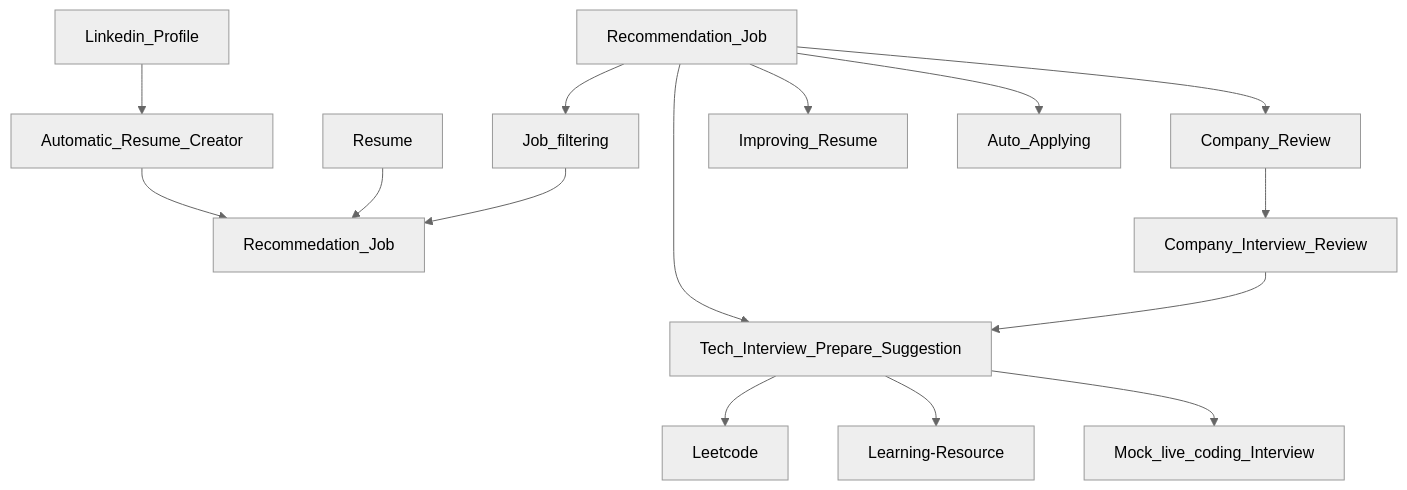
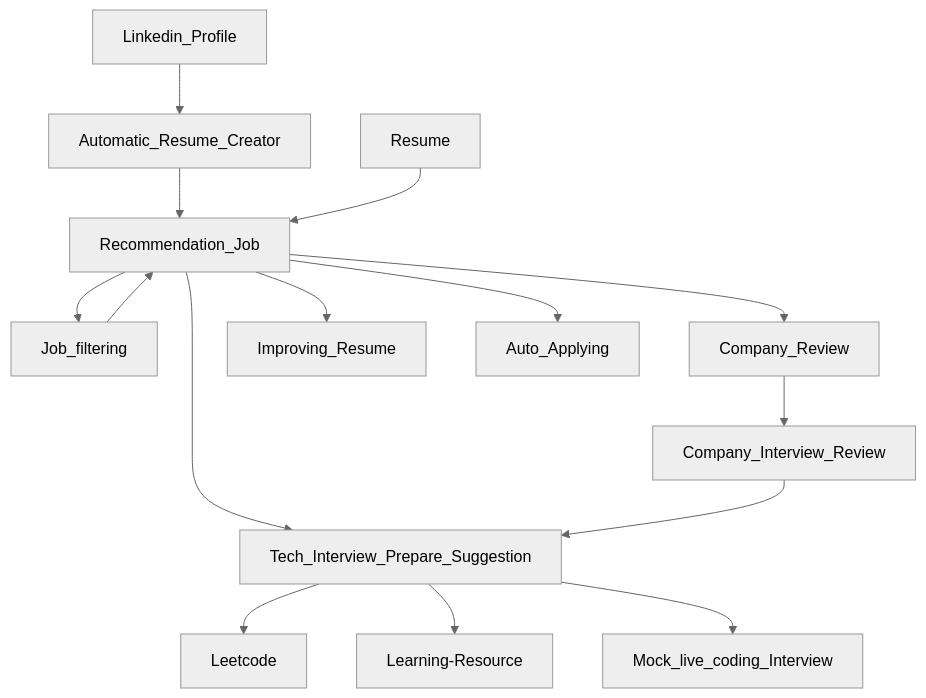
The diagram in README.md (ngminteck/Career-Butterfly-Learning-Resource), drawn with Mermaid (neutral theme) before and after one commit.

````diff
--- a/README.md
+++ b/README.md
@@ -3,17 +3,17 @@
 ```mermaid
 graph TD;
     Linkedin_Profile-->Automatic_Resume_Creator;
-    Automatic_Resume_Creator-->Recommedation_Job;
-    Resume-->Recommedation_Job;
+    Automatic_Resume_Creator-->Recommendation_Job;
+    Resume-->Recommendation_Job;
     Recommendation_Job-->Job_filtering;
-    Job_filtering-->Recommedation_Job;
+    Job_filtering-->Recommendation_Job;
     Recommendation_Job-->Company_Review;
     Company_Review-->Company_Interview_Review;
     Recommendation_Job-->Improving_Resume;
     Recommendation_Job-->Tech_Interview_Prepare_Suggestion;
     Company_Interview_Review-->Tech_Interview_Prepare_Suggestion;
     Tech_Interview_Prepare_Suggestion-->Leetcode;
     Tech_Interview_Prepare_Suggestion-->Learning-Resource;
     Tech_Interview_Prepare_Suggestion-->Mock_live_coding_Interview;
     Recommendation_Job-->Auto_Applying;
 ```
````
